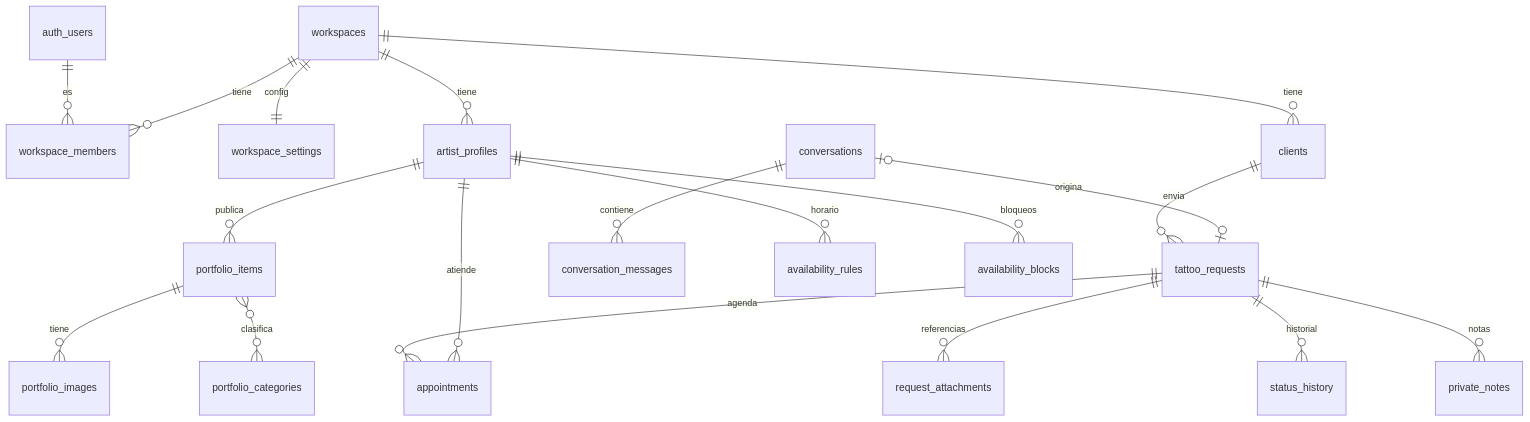
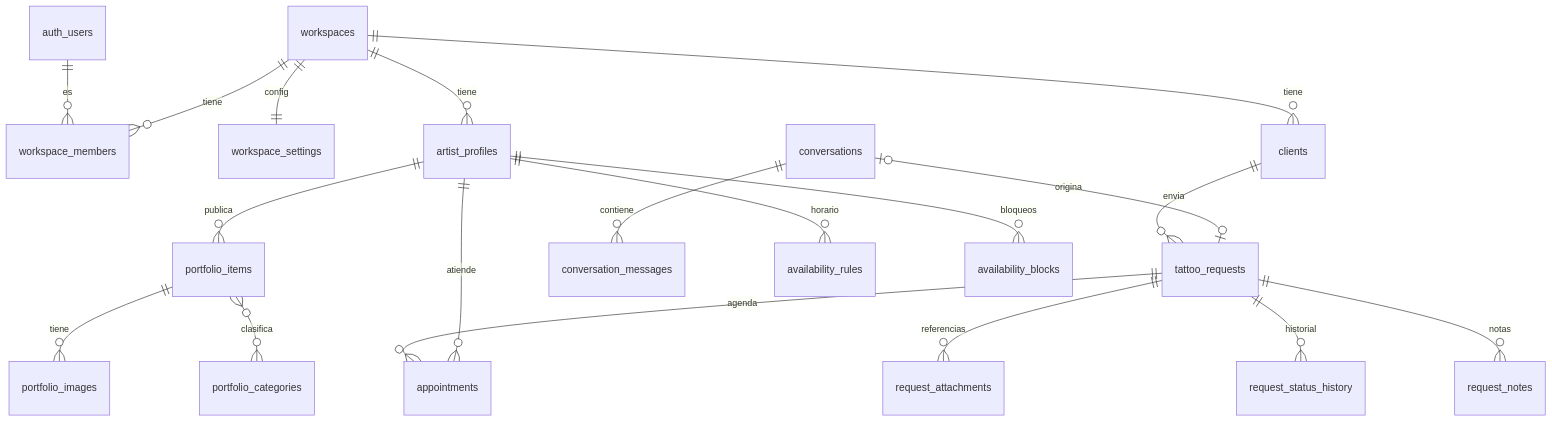
One commit to zEk4s21/inkflow changed the diagram in docs/DATABASE.md. Above: the diagram before and after it, drawn with Mermaid. The commit also changed other lines of this file and 14 other files, not shown here.

First line of the commit message:
Fase 2.6: estados, historial y notas de las solicitudes

````diff
--- a/docs/DATABASE.md
+++ b/docs/DATABASE.md
@@ -21,21 +21,21 @@
 ```mermaid
 erDiagram
   auth_users ||--o{ workspace_members : "es"
   workspaces ||--o{ workspace_members : tiene
   workspaces ||--|| workspace_settings : config
   workspaces ||--o{ artist_profiles : tiene
   artist_profiles ||--o{ portfolio_items : publica
   portfolio_items ||--o{ portfolio_images : tiene
   portfolio_items }o--o{ portfolio_categories : clasifica
   workspaces ||--o{ clients : tiene
   clients ||--o{ tattoo_requests : envia
   conversations ||--o{ conversation_messages : contiene
   conversations |o--o| tattoo_requests : origina
   tattoo_requests ||--o{ request_attachments : referencias
-  tattoo_requests ||--o{ status_history : historial
-  tattoo_requests ||--o{ private_notes : notas
+  tattoo_requests ||--o{ request_status_history : historial
+  tattoo_requests ||--o{ request_notes : notas
   tattoo_requests ||--o{ appointments : agenda
   artist_profiles ||--o{ availability_rules : horario
   artist_profiles ||--o{ availability_blocks : bloqueos
   artist_profiles ||--o{ appointments : atiende
 ```
````
